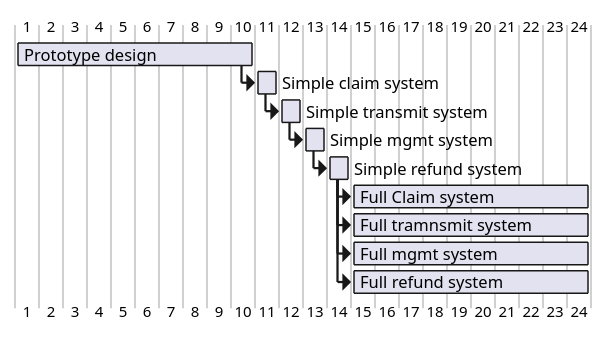
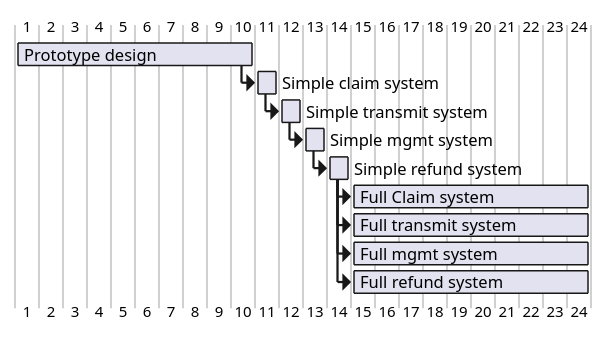
Before and after one commit to awwaiid/thelackthereof: the fourth of 5 diagrams in content/Deploy First Breadth First.md, drawn with PlantUML. The commit also changed other lines of this file and 49 other files, not shown here.

````diff
--- a/content/Deploy First Breadth First.md
+++ b/content/Deploy First Breadth First.md
@@ -148,13 +148,13 @@
 ```plantuml
 @startgantt
 [Prototype design] lasts 10 days
 then [Simple claim system] lasts 1 days
 then [Simple transmit system] lasts 1 days
 then [Simple mgmt system] lasts 1 days
 then [Simple refund system] lasts 1 days
 then [Full Claim system] lasts 10 days
-[Full tramnsmit system] lasts 10 days and starts at [Simple refund system]'s end
+[Full transmit system] lasts 10 days and starts at [Simple refund system]'s end
 [Full mgmt system] lasts 10 days and starts at [Simple refund system]'s end
 [Full refund system] lasts 10 days and starts at [Simple refund system]'s end
 @endgantt
 ```
````
